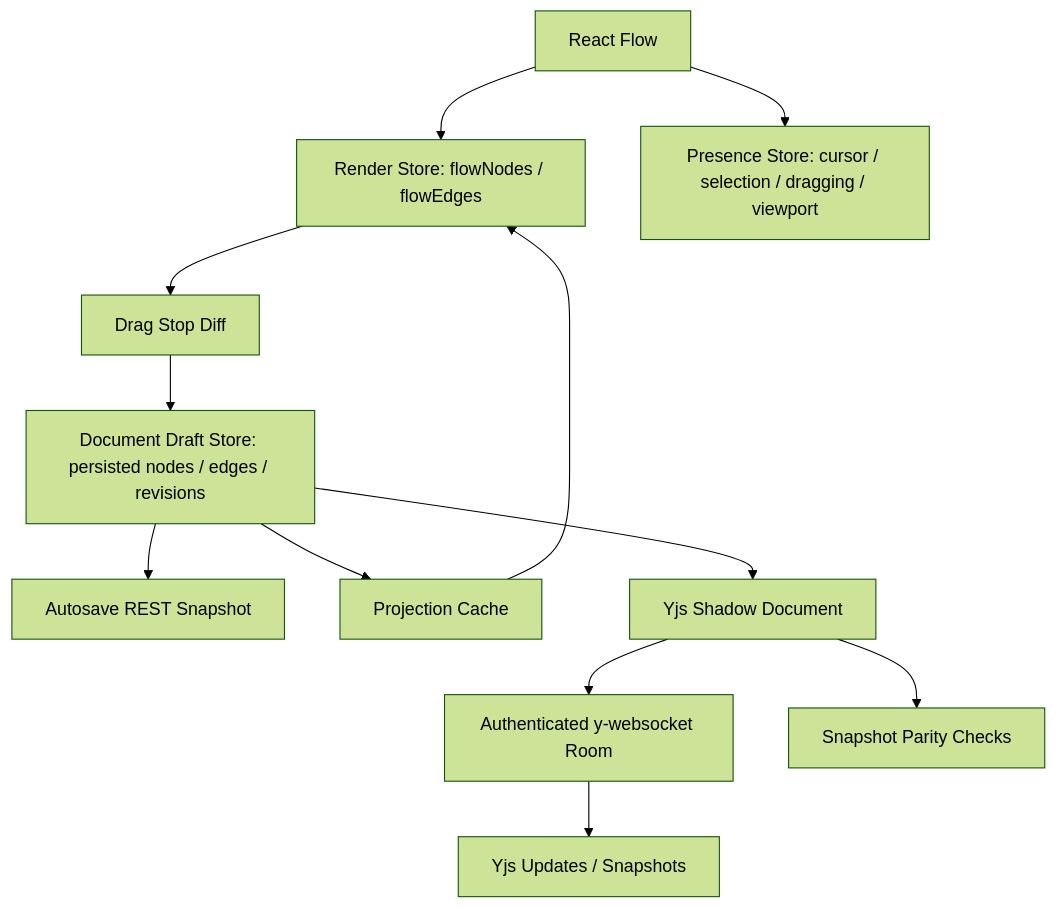
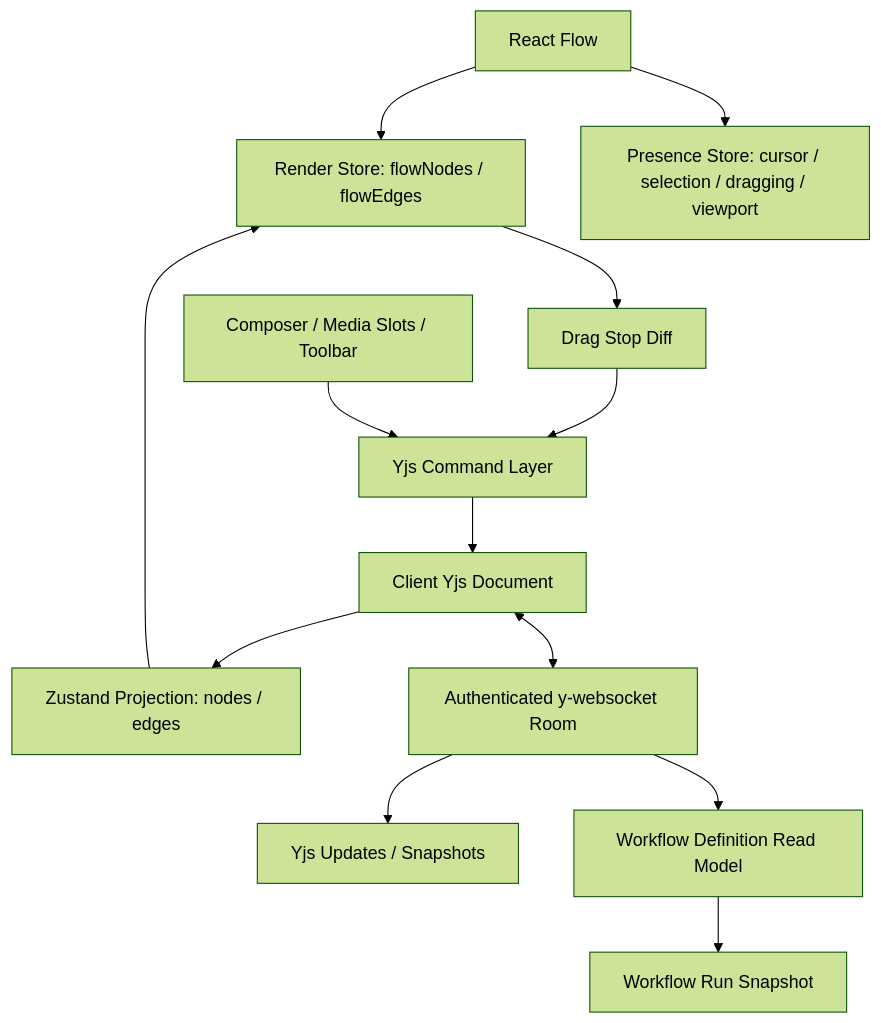
One commit to HUAHUAI23/mina changed the third of 4 diagrams in helloagents/wiki/arch.md. Above: the diagram before and after it, drawn with Mermaid (forest theme). The commit also changed other lines of this file and 63 other files, not shown here.

````diff
--- a/helloagents/wiki/arch.md
+++ b/helloagents/wiki/arch.md
@@ -55,14 +56,15 @@
 ```mermaid
 flowchart TD
   RF[React Flow] --> RS[Render Store: flowNodes / flowEdges]
   RF --> PS[Presence Store: cursor / selection / dragging / viewport]
   RS --> DC[Drag Stop Diff]
-  DC --> DS[Document Draft Store: persisted nodes / edges / revisions]
-  DS --> SAVE[Autosave REST Snapshot]
-  DS --> PROJ[Projection Cache]
+  DC --> CMD[Yjs Command Layer]
+  UI[Composer / Media Slots / Toolbar] --> CMD
+  CMD --> YJS[Client Yjs Document]
+  YJS --> PROJ[Zustand Projection: nodes / edges]
   PROJ --> RS
-  DS --> YJS[Yjs Shadow Document]
-  YJS --> YWS[Authenticated y-websocket Room]
+  YJS <--> YWS[Authenticated y-websocket Room]
   YWS --> YPERSIST[Yjs Updates / Snapshots]
-  YJS --> PARITY[Snapshot Parity Checks]
+  YWS --> READ[Workflow Definition Read Model]
+  READ --> RUN[Workflow Run Snapshot]
 ```
````
